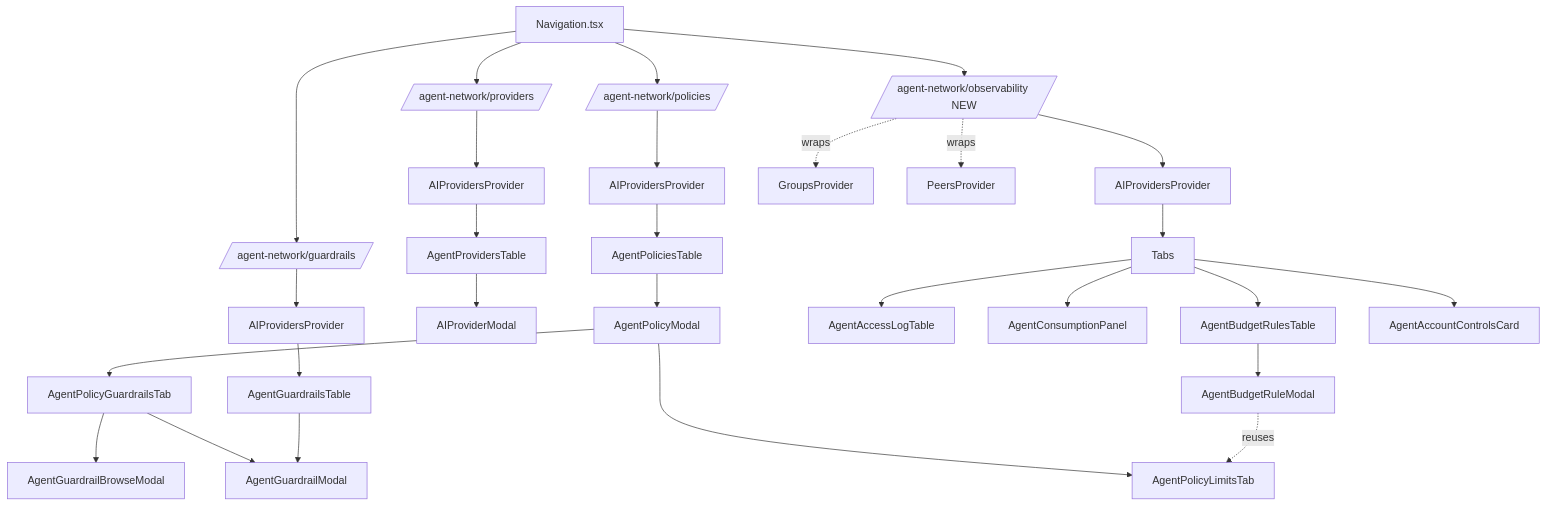
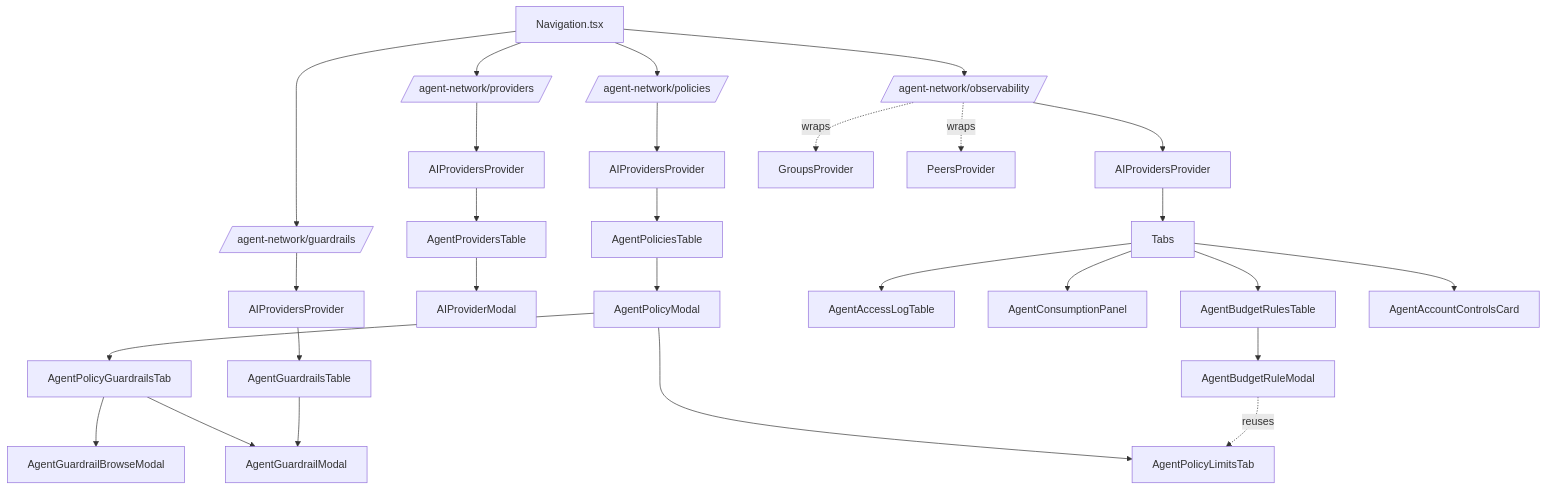
Before and after one commit to netbirdio/netbird: the first of 3 diagrams in docs/agent-networks/modules/40-dashboard.md, drawn with Mermaid. The commit also changed other lines of this file and 13 other files, not shown here.

First line of the commit message:
[agent-network] Polish module docs: remove internal review scaffolding, fix links, verify diagrams

````diff
--- a/docs/agent-networks/modules/40-dashboard.md
+++ b/docs/agent-networks/modules/40-dashboard.md
@@ -81,33 +75,33 @@
 ```mermaid
 graph TD
   Nav[Navigation.tsx]
   Nav --> ProvidersPage[/agent-network/providers/]
   Nav --> PoliciesPage[/agent-network/policies/]
   Nav --> GuardrailsPage[/agent-network/guardrails/]
-  Nav --> ObsPage[/agent-network/observability NEW/]
+  Nav --> ObsPage[/agent-network/observability/]
 
   ProvidersPage --> AIPP1[AIProvidersProvider]
   PoliciesPage --> AIPP2[AIProvidersProvider]
   GuardrailsPage --> AIPP3[AIProvidersProvider]
   ObsPage --> AIPP4[AIProvidersProvider]
   ObsPage -.wraps.-> GroupsProvider
   ObsPage -.wraps.-> PeersProvider
 
   AIPP1 --> ProvTable[AgentProvidersTable]
   ProvTable --> ProvModal[AIProviderModal]
   AIPP2 --> PolTable[AgentPoliciesTable]
   PolTable --> PolModal[AgentPolicyModal]
   PolModal --> PolGuardTab[AgentPolicyGuardrailsTab]
   PolModal --> PolLimitsTab[AgentPolicyLimitsTab]
   PolGuardTab --> GuardBrowse[AgentGuardrailBrowseModal]
   PolGuardTab --> GuardModal[AgentGuardrailModal]
   AIPP3 --> GuardTable[AgentGuardrailsTable]
   GuardTable --> GuardModal
   AIPP4 --> Tabs[Tabs]
   Tabs --> AccessLog[AgentAccessLogTable]
   Tabs --> Consumption[AgentConsumptionPanel]
   Tabs --> BudgetRules[AgentBudgetRulesTable]
   Tabs --> AccountCtl[AgentAccountControlsCard]
   BudgetRules --> BudgetModal[AgentBudgetRuleModal]
   BudgetModal -.reuses.-> PolLimitsTab
 ```
````
